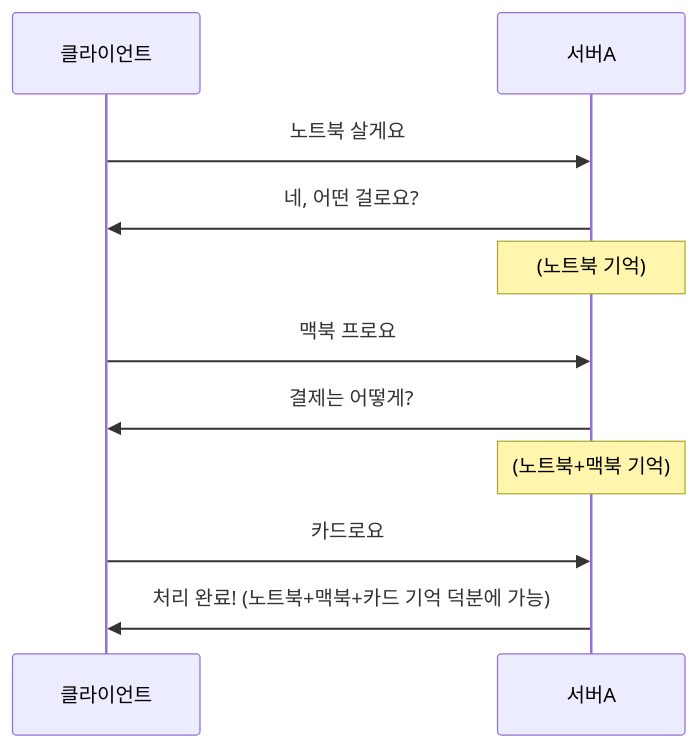
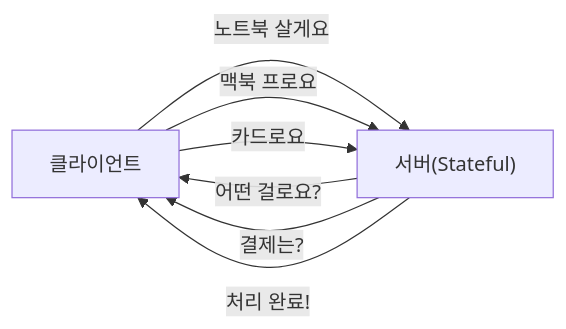
Before and after one commit to yjkim2015/yjkim2015.github.io: the second of 5 diagrams in _posts/http/2021-01-05-http-2.md, drawn with Mermaid. The commit also changed other lines of this file and 50 other files, not shown here.

First line of the commit message:
stateDiagram 11개 graph LR 변환 + 테이블 빈 셀 17개 수정

````diff
--- a/_posts/http/2021-01-05-http-2.md
+++ b/_posts/http/2021-01-05-http-2.md
@@ -92,13 +92,9 @@
 ```mermaid
-sequenceDiagram
-    participant C as 클라이언트
-    participant S as 서버A
-    C->>S: 노트북 살게요
-    S->>C: 네, 어떤 걸로요?
-    Note over S: (노트북 기억)
-    C->>S: 맥북 프로요
-    S->>C: 결제는 어떻게?
-    Note over S: (노트북+맥북 기억)
-    C->>S: 카드로요
-    S->>C: 처리 완료! (노트북+맥북+카드 기억 덕분에 가능)
+graph LR
+    C["클라이언트"] -->|"노트북 살게요"| S["서버(Stateful)"]
+    S -->|"어떤 걸로요?"| C
+    C -->|"맥북 프로요"| S
+    S -->|"결제는?"| C
+    C -->|"카드로요"| S
+    S -->|"처리 완료!"| C
 ```
````
